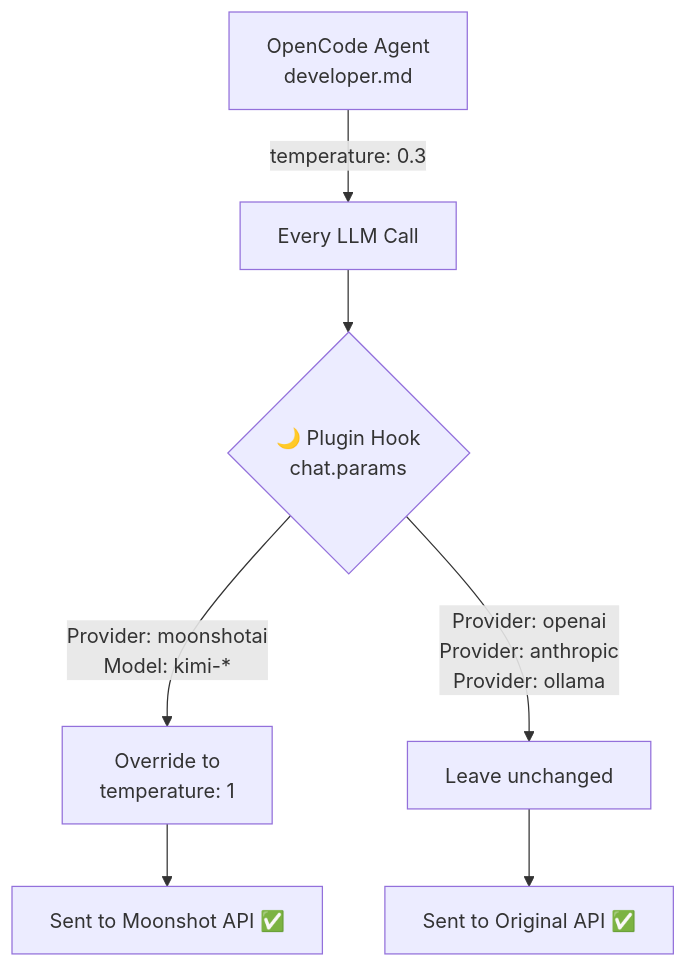
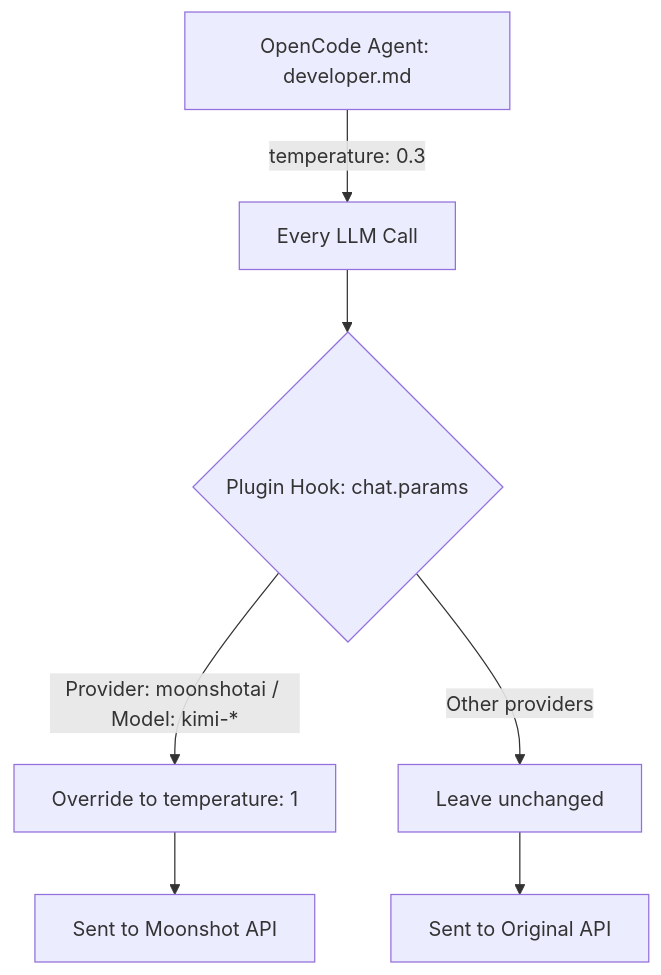
Before and after one commit to iamvaleriofantozzi/opencode-moonshot-compatibility: the diagram in README.md, drawn with Mermaid.

Commit message:
docs: fix Mermaid syntax for GitHub compatibility

````diff
--- a/README.md
+++ b/README.md
@@ -21,11 +21,9 @@
 ```mermaid
-flowchart TD
-    A[OpenCode Agent<br/>developer.md] -->|temperature: 0.3| B[Every LLM Call]
-    B --> C{🌙 Plugin Hook<br/>chat.params}
-    
-    C -->|Provider: moonshotai<br/>Model: kimi-*| D[Override to<br/>temperature: 1]
-    C -->|Provider: openai<br/>Provider: anthropic<br/>Provider: ollama| E[Leave unchanged]
-    
-    D --> F[Sent to Moonshot API ✅]
-    E --> G[Sent to Original API ✅]
+graph TD
+    A["OpenCode Agent: developer.md"] -->|"temperature: 0.3"| B["Every LLM Call"]
+    B --> C{"Plugin Hook: chat.params"}
+    C -->|"Provider: moonshotai / Model: kimi-*"| D["Override to temperature: 1"]
+    C -->|"Other providers"| E["Leave unchanged"]
+    D --> F["Sent to Moonshot API"]
+    E --> G["Sent to Original API"]
 ```
````
